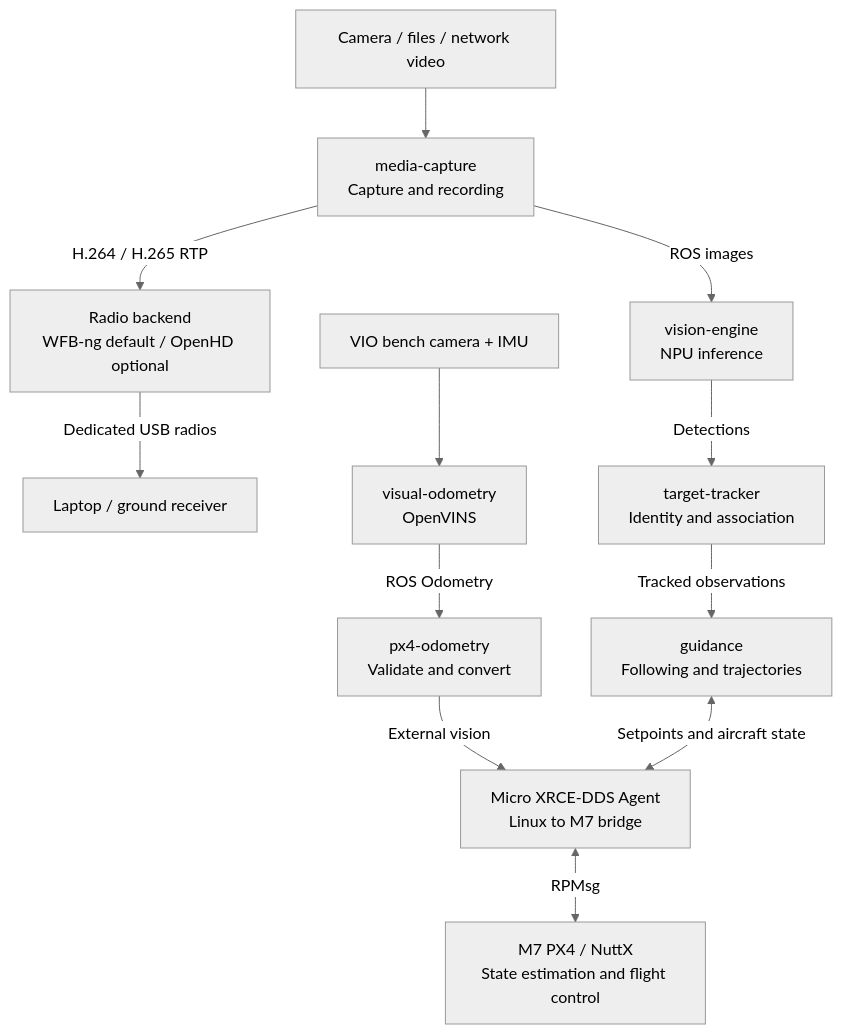
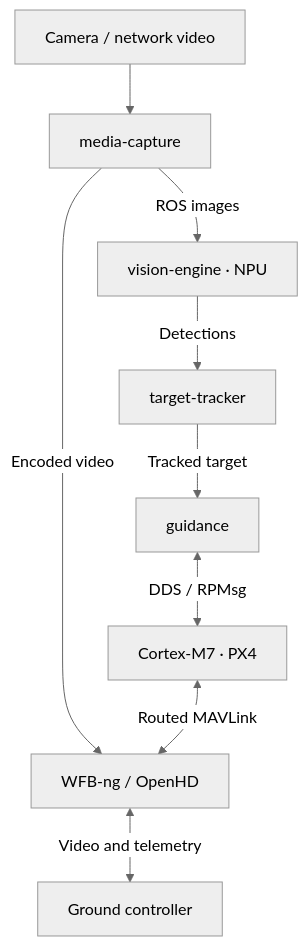
Before and after one commit to Swamy-BV/meta-raven: the diagram in README.md, drawn with Mermaid (neutral theme). The commit also changed other lines of this file and 6 other files, not shown here.

````diff
--- a/README.md
+++ b/README.md
@@ -82,28 +47,11 @@
 ```mermaid
 flowchart TD
-    source["Camera / files / network video"]
-    capture["media-capture<br/>Capture and recording"]
-    radio["Radio backend<br/>WFB-ng default / OpenHD optional"]
-    receiver["Laptop / ground receiver"]
-    vision["vision-engine<br/>NPU inference"]
-    tracker["target-tracker<br/>Identity and association"]
-    guidance["guidance<br/>Following and trajectories"]
-    dds["Micro XRCE-DDS Agent<br/>Linux to M7 bridge"]
-    px4["M7 PX4 / NuttX<br/>State estimation and flight control"]
-
-    sensors["VIO bench camera + IMU"]
-    vio["visual-odometry<br/>OpenVINS"]
-    adapter["px4-odometry<br/>Validate and convert"]
-
-    source --> capture
-    capture -->|H.264 / H.265 RTP| radio
-    radio -->|Dedicated USB radios| receiver
-    sensors --> vio
-    vio -->|ROS Odometry| adapter
-    adapter -->|External vision| dds
-    capture -->|ROS images| vision
-    vision -->|Detections| tracker
-    tracker -->|Tracked observations| guidance
-    guidance <-->|Setpoints and aircraft state| dds
-    dds <-->|RPMsg| px4
+    source["Camera / network video"] --> capture["media-capture"]
+    capture -->|ROS images| vision["vision-engine · NPU"]
+    vision -->|Detections| tracker["target-tracker"]
+    tracker -->|Tracked target| guidance["guidance"]
+    guidance <-->|DDS / RPMsg| px4["Cortex-M7 · PX4"]
+    capture -->|Encoded video| radio["WFB-ng / OpenHD"]
+    px4 <-->|Routed MAVLink| radio
+    radio <-->|Video and telemetry| ground["Ground controller"]
 ```
````
